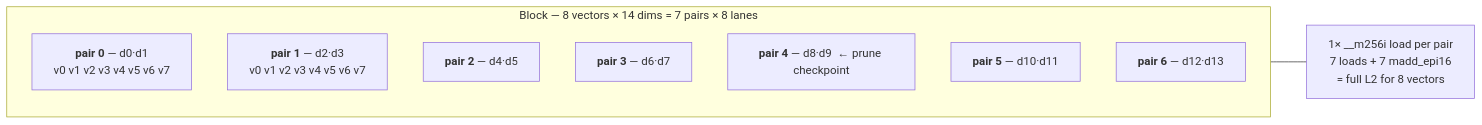
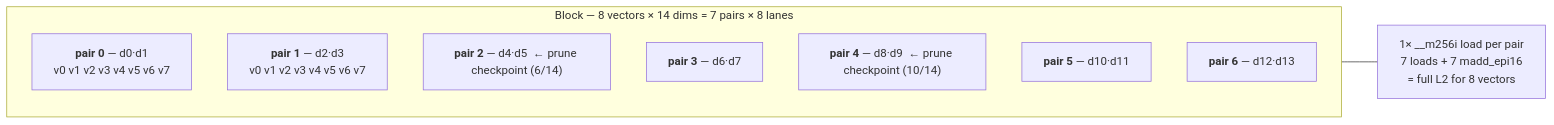
One commit to dalvorsn/cpp-rinha-backend-2026 changed the third of 3 diagrams in README.md. Above: the diagram before and after it, drawn with Mermaid. The commit also changed other lines of this file and 23 other files, not shown here.

````diff
--- a/README.md
+++ b/README.md
@@ -68,18 +68,18 @@
 ```mermaid
 flowchart LR
     subgraph B["Block — 8 vectors × 14 dims = 7 pairs × 8 lanes"]
         direction TB
         P0["`**pair 0** — d0·d1
 v0 v1 v2 v3 v4 v5 v6 v7`"]
         P1["`**pair 1** — d2·d3
 v0 v1 v2 v3 v4 v5 v6 v7`"]
-        P2["`**pair 2** — d4·d5`"]
+        P2["`**pair 2** — d4·d5  ← prune checkpoint (6/14)`"]
         P3["`**pair 3** — d6·d7`"]
-        P4["`**pair 4** — d8·d9  ← prune checkpoint`"]
+        P4["`**pair 4** — d8·d9  ← prune checkpoint (10/14)`"]
         P5["`**pair 5** — d10·d11`"]
         P6["`**pair 6** — d12·d13`"]
     end
 
     R["1× __m256i load per pair\n7 loads + 7 madd_epi16\n= full L2 for 8 vectors"]
     B --- R
 ```
````
